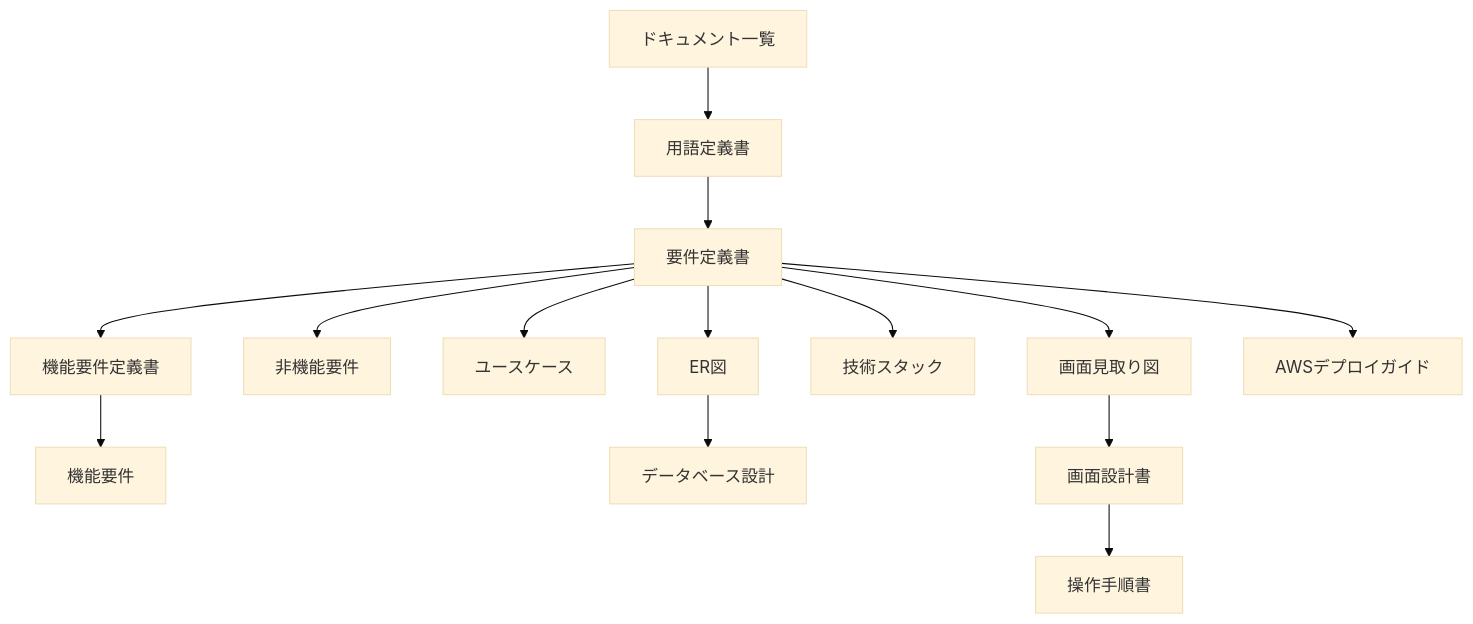
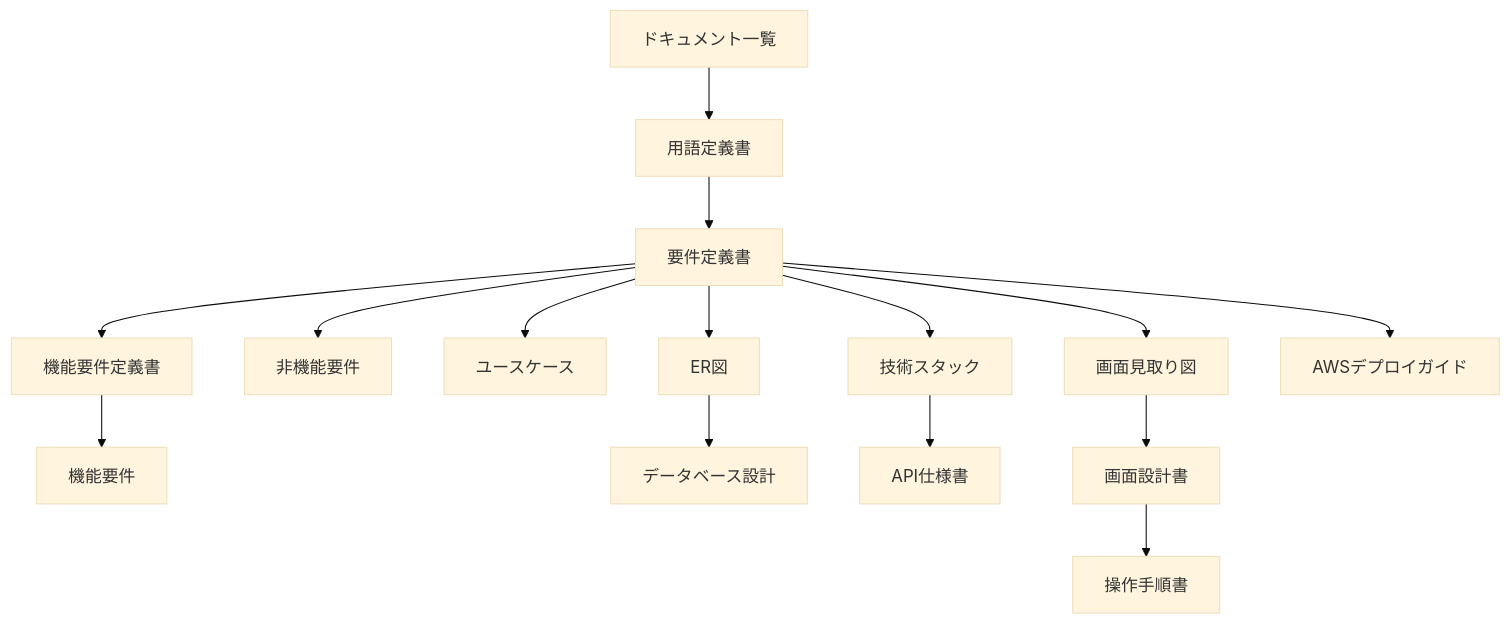
Before and after one commit to pfgnsb/hand-spinner: the diagram in spinner/ドキュメント/README.md, drawn with Mermaid (base theme). The commit also changed other lines of this file and 20 other files, not shown here.

````diff
--- a/spinner/ドキュメント/README.md
+++ b/spinner/ドキュメント/README.md
@@ -74,16 +75,17 @@
 ```mermaid
 flowchart TD
   index[ドキュメント一覧] --> terms[用語定義書]
   terms --> req[要件定義書]
   req --> funcDef[機能要件定義書]
   funcDef --> func[機能要件]
   req --> nfr[非機能要件]
   req --> uc[ユースケース]
   req --> er[ER図]
   er --> db[データベース設計]
   req --> stack[技術スタック]
+  stack --> api[API仕様書]
   req --> sketch[画面見取り図]
   sketch --> screen[画面設計書]
   screen --> howto[操作手順書]
   req --> aws[AWSデプロイガイド]
 ```
````
